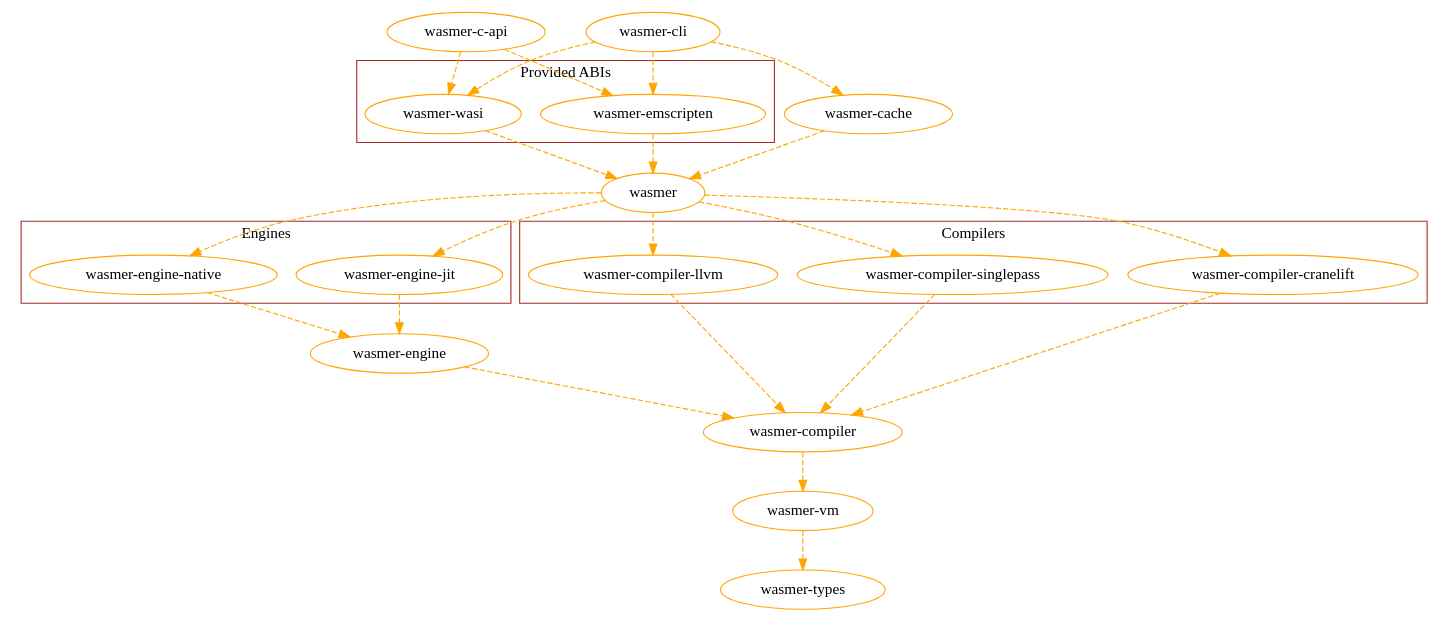
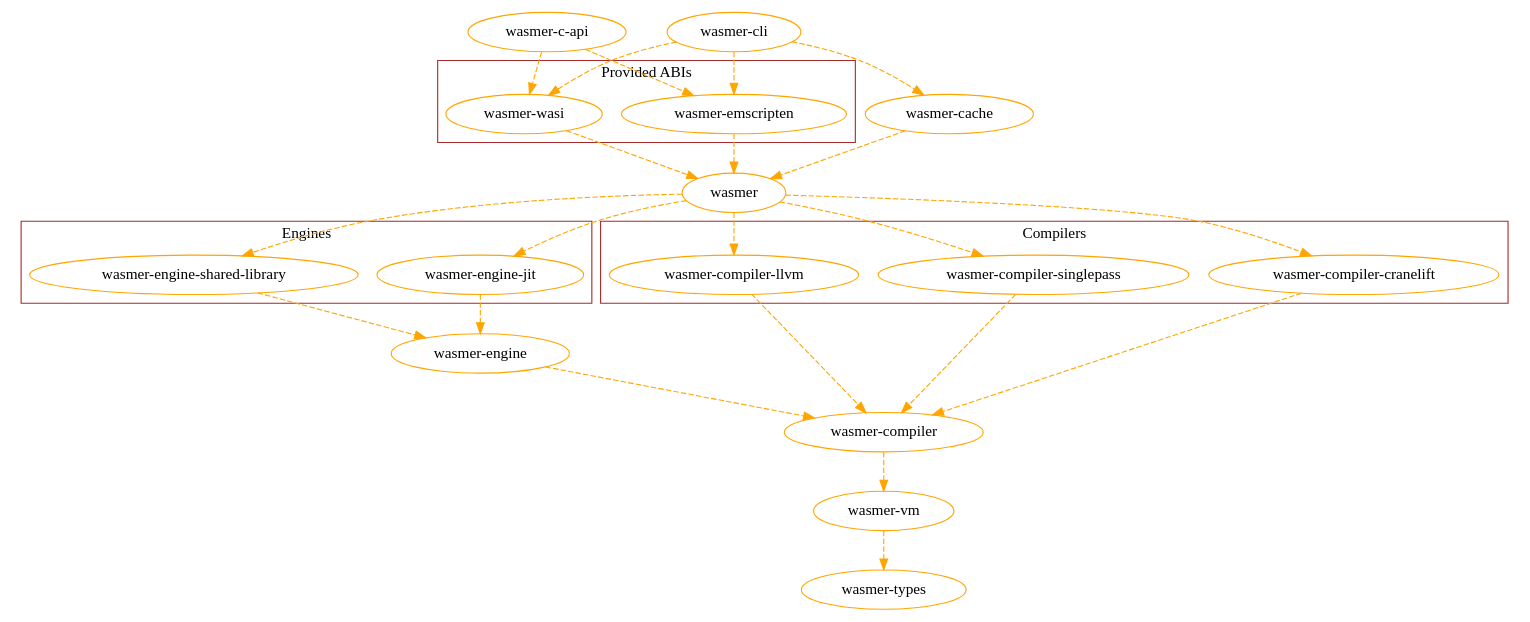
The diagram in docs/deps_dedup.dot (wasmerio/wasmer), drawn with Graphviz before and after one commit. The commit also changed 43 other files, not shown here.

First line of the commit message:
feat(engine-shared-library) Rename the `wasmer-engine-native` to `wasmer-engine-shared-library`.

```diff
--- a/docs/deps_dedup.dot
+++ b/docs/deps_dedup.dot
@@ -1,74 +1,74 @@
 digraph dependencies {
         newrank=true;
 
 	n0 [label="wasmer", color=orange];
 	n1 [label="wasmer-compiler", color=orange];
 	n5 [label="wasmer-engine", color=orange];
 	n6 [label="wasmer-engine-jit", color=orange];
-	n7 [label="wasmer-engine-native", color=orange];
+	n7 [label="wasmer-engine-shared-library", color=orange];
 	n8 [label="wasmer-types", color=orange];
 	n9 [label="wasmer-vm", color=orange];
 	n10 [label="wasmer-c-api", color=orange];
 	n11 [label="wasmer-emscripten", color=orange];
 	n12 [label="wasmer-wasi", color=orange];
 	n13 [label="wasmer-cache", color=orange];
 	n14 [label="wasmer-cli", color=orange];
 
         
 	subgraph cluster_compiler {
 		label="Compilers";
 		color=brown;
 
 		n2 [label="wasmer-compiler-cranelift", color=orange];
 		n3 [label="wasmer-compiler-llvm", color=orange];
 		n4 [label="wasmer-compiler-singlepass", color=orange];
 	}
 
 	subgraph cluster_engine {
 		label="Engines";
 		color=brown;
 
 		n6 [label="wasmer-engine-jit", color=orange];
-		n7 [label="wasmer-engine-native", color=orange];
+		n7 [label="wasmer-engine-shared-library", color=orange];
 	}
 
         {
         rank=same;
         n2;
         n3;
         n4;
         n6;
         n7;
         }
         
 
 	subgraph cluster_abi {
 		label="Provided ABIs";
 		color=brown;
 
 		n12 [label="wasmer-wasi", color=orange];
 		n11 [label="wasmer-emscripten", color=orange];
 	}
 
 	n14 -> n13 [color=orange, style=dashed];
 	n14 -> n12 [color=orange, style=dashed];
 	n14 -> n11 [color=orange, style=dashed];
 	n13 -> n0 [color=orange, style=dashed];
 	n10 -> n11 [color=orange, style=dashed];
 	n10 -> n12 [color=orange, style=dashed];
 	n11 -> n0 [color=orange, style=dashed];
 	n12 -> n0 [color=orange, style=dashed];
 	n0 -> n2 [color=orange, style=dashed];
 	n0 -> n3 [color=orange, style=dashed];
 	n0 -> n4 [color=orange, style=dashed];
 	n0 -> n6 [color=orange, style=dashed];
 	n0 -> n7 [color=orange, style=dashed];
 	n2 -> n1 [color=orange, style=dashed];
 	n3 -> n1 [color=orange, style=dashed];
 	n4 -> n1 [color=orange, style=dashed];
 	n6 -> n5 [color=orange, style=dashed];
 	n7 -> n5 [color=orange, style=dashed];
 	n5 -> n1 [color=orange, style=dashed];
 	n1 -> n9 [color=orange, style=dashed];
 	n9 -> n8 [color=orange, style=dashed];
 }
```
